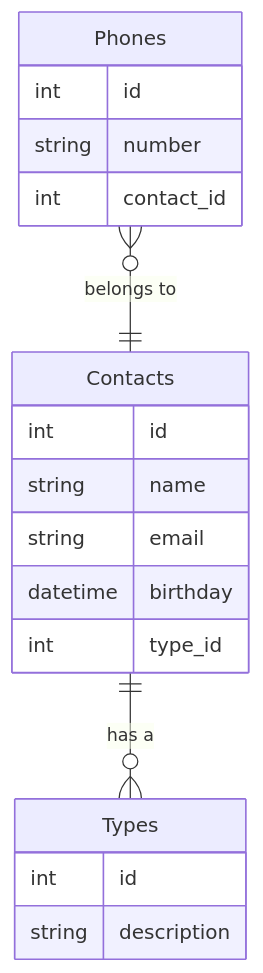
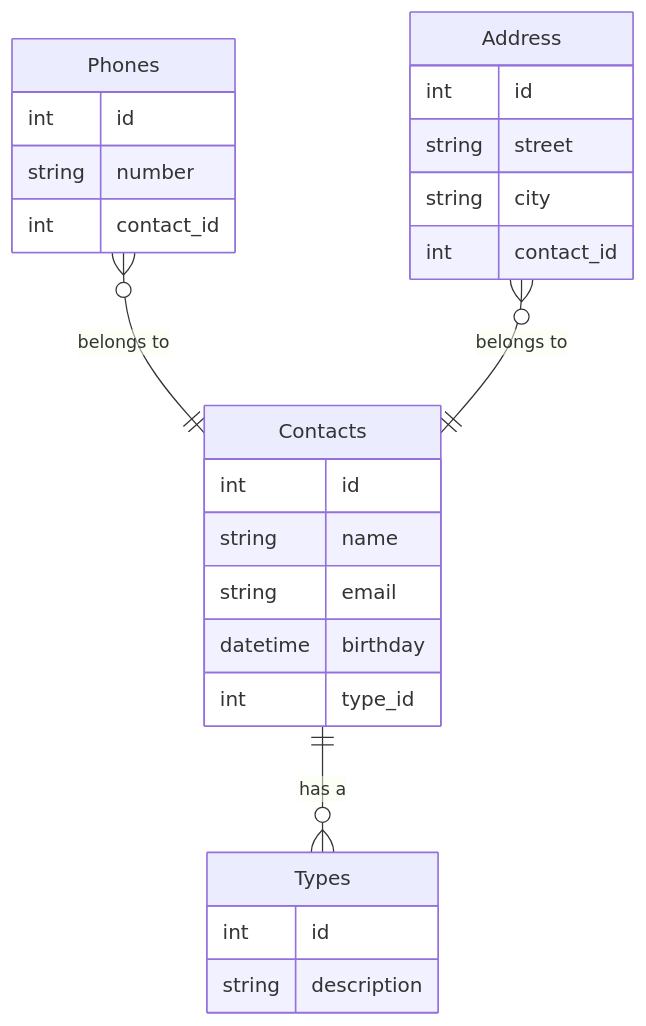
One commit to anaclaraaraujo/notebook-api changed the diagram in README.md. Above: the diagram before and after it, drawn with Mermaid. The commit also changed other lines of this file and 11 other files, not shown here.

````diff
--- a/README.md
+++ b/README.md
@@ -4,22 +17,29 @@
 ```mermaid
 erDiagram
     Phones {
         int id
         string number
         int contact_id
     }
     Contacts {
         int id
         string name
         string email
         datetime birthday
         int type_id
     }
     Types {
         int id
         string description
     }
+    Address {
+        int id
+        string street
+        string city
+        int contact_id
+    }
 
     Phones }o--|| Contacts: "belongs to"
     Contacts ||--o{ Types: "has a"
+    Address }o--|| Contacts: "belongs to"
 ```
````
